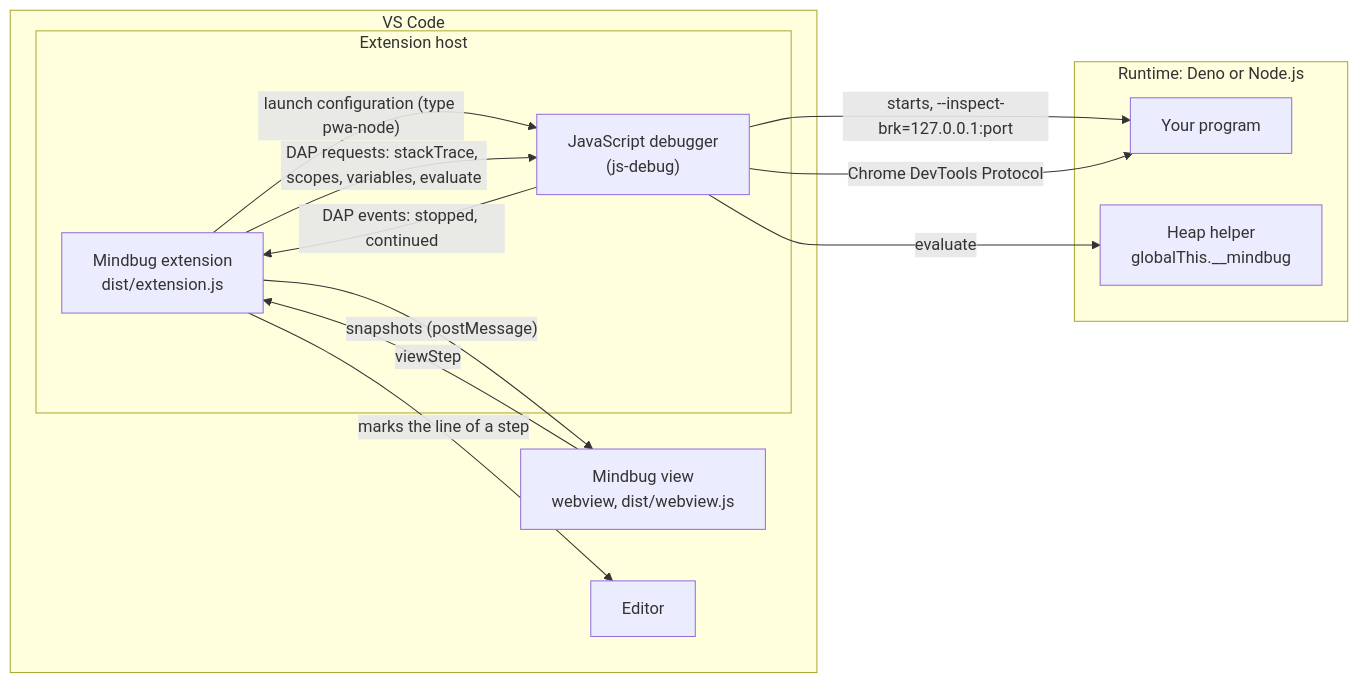
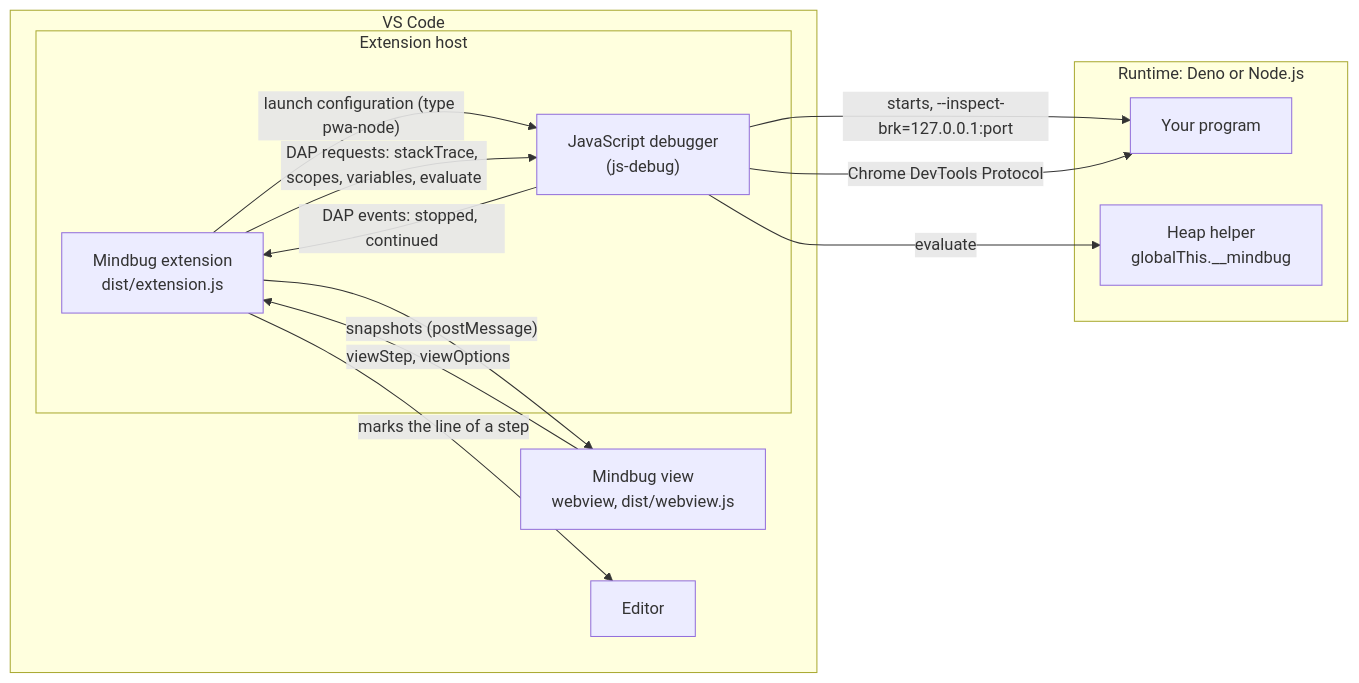
The diagram in docs/architecture.md (nimblescape/nimblescape-mindbug), drawn with Mermaid before and after one commit. The commit also changed other lines of this file and 16 other files, not shown here.

First line of the commit message:
Step text at the line of an earlier step; the switches of the view are settings

````diff
--- a/docs/architecture.md
+++ b/docs/architecture.md
@@ -9,24 +9,24 @@
 ```mermaid
 flowchart LR
   subgraph VSC["VS Code"]
     subgraph HOST["Extension host"]
       EXT["Mindbug extension<br/>dist/extension.js"]
       JSD["JavaScript debugger<br/>(js-debug)"]
     end
     VIEW["Mindbug view<br/>webview, dist/webview.js"]
     ED["Editor"]
   end
   subgraph RT["Runtime: Deno or Node.js"]
     PRG["Your program"]
     HW["Heap helper<br/>globalThis.__mindbug"]
   end
   EXT -- "launch configuration (type pwa-node)" --> JSD
   JSD -- "starts, --inspect-brk=127.0.0.1:port" --> PRG
   JSD -- "Chrome DevTools Protocol" --> PRG
   JSD -- "DAP events: stopped, continued" --> EXT
   EXT -- "DAP requests: stackTrace, scopes, variables, evaluate" --> JSD
   JSD -- "evaluate" --> HW
   EXT -- "snapshots (postMessage)" --> VIEW
-  VIEW -- "viewStep" --> EXT
+  VIEW -- "viewStep, viewOptions" --> EXT
   EXT -- "marks the line of a step" --> ED
 ```
````
